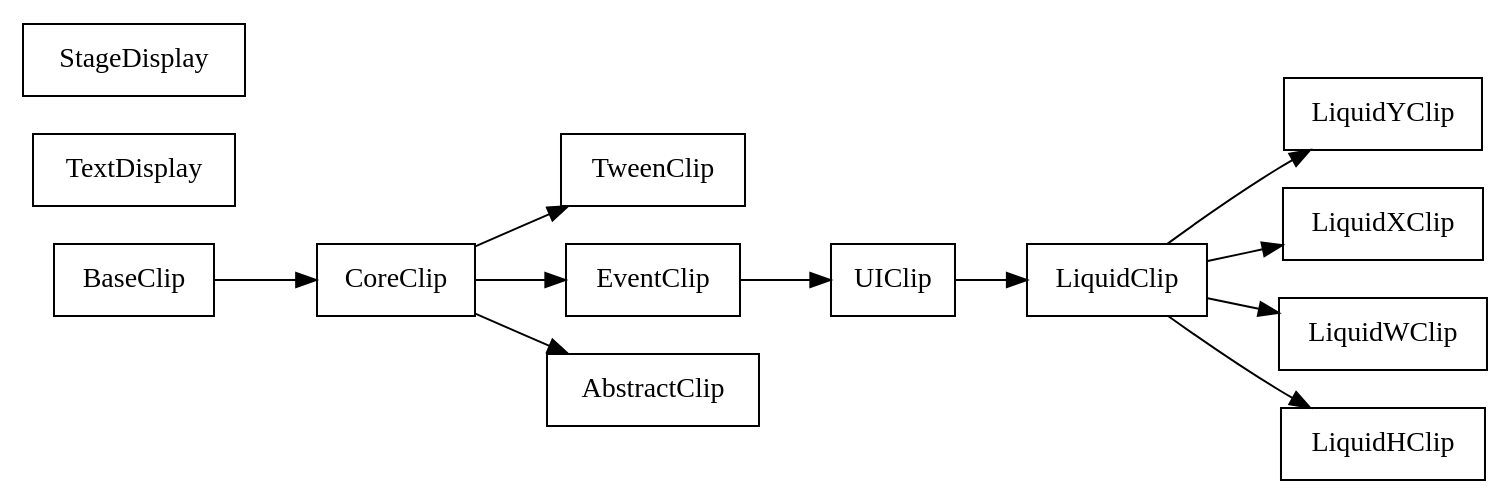
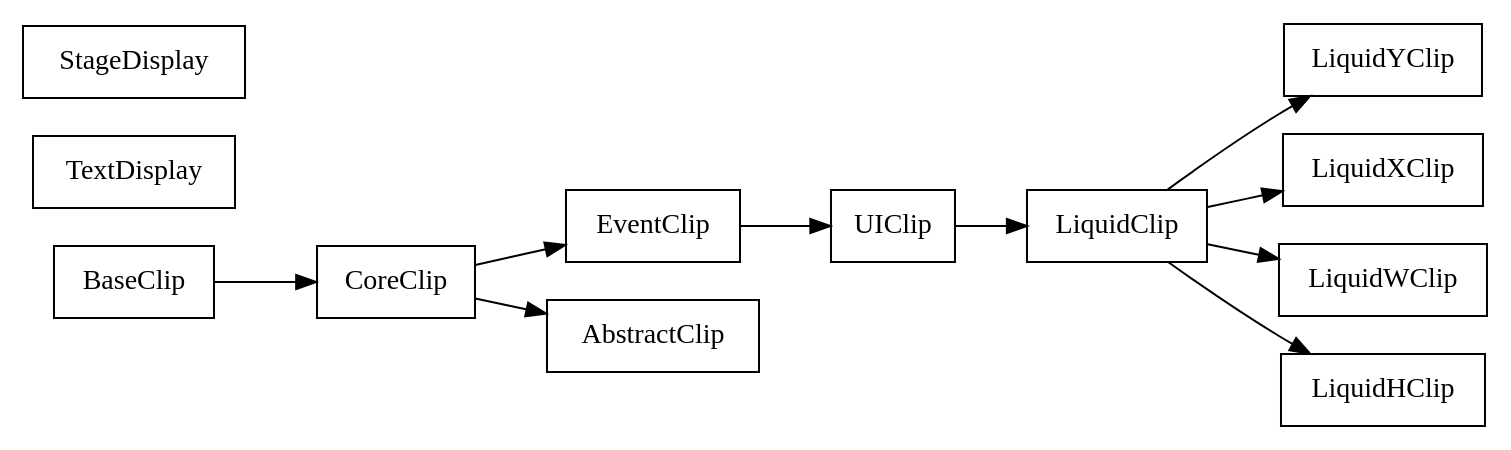
The diagram in docs/com/sekati/display/classes.dot (sekati/sasapi), drawn with Graphviz before and after one commit. The commit also changed 134 other files, not shown here.

```diff
--- a/docs/com/sekati/display/classes.dot
+++ b/docs/com/sekati/display/classes.dot
@@ -1,91 +1,84 @@
 strict digraph class_diagram {
   rankdir=LR;
   TypeUIClip[
     label="UIClip",
     URL="UIClip.html",
     tooltip="com.sekati.display.UIClip",
-    shape="record"
-  ];
-  TypeTweenClip[
-    label="TweenClip",
-    URL="TweenClip.html",
-    tooltip="com.sekati.display.TweenClip",
     shape="record"
   ];
   TypeTextDisplay[
     label="TextDisplay",
     URL="TextDisplay.html",
     tooltip="com.sekati.display.TextDisplay",
     shape="record"
   ];
   TypeStageDisplay[
     label="StageDisplay",
     URL="StageDisplay.html",
     tooltip="com.sekati.display.StageDisplay",
     shape="record"
   ];
   TypeLiquidYClip[
     label="LiquidYClip",
     URL="LiquidYClip.html",
     tooltip="com.sekati.display.LiquidYClip",
     shape="record"
   ];
   TypeLiquidXClip[
     label="LiquidXClip",
     URL="LiquidXClip.html",
     tooltip="com.sekati.display.LiquidXClip",
     shape="record"
   ];
   TypeLiquidWClip[
     label="LiquidWClip",
     URL="LiquidWClip.html",
     tooltip="com.sekati.display.LiquidWClip",
     shape="record"
   ];
   TypeLiquidHClip[
     label="LiquidHClip",
     URL="LiquidHClip.html",
     tooltip="com.sekati.display.LiquidHClip",
     shape="record"
   ];
   TypeLiquidClip[
     label="LiquidClip",
     URL="LiquidClip.html",
     tooltip="com.sekati.display.LiquidClip",
     shape="record"
   ];
   TypeEventClip[
     label="EventClip",
     URL="EventClip.html",
     tooltip="com.sekati.display.EventClip",
     shape="record"
   ];
   TypeCoreClip[
     label="CoreClip",
     URL="CoreClip.html",
     tooltip="com.sekati.display.CoreClip",
     shape="record"
   ];
   TypeBaseClip[
     label="BaseClip",
     URL="BaseClip.html",
     tooltip="com.sekati.display.BaseClip",
     shape="record"
   ];
   TypeAbstractClip[
     label="AbstractClip",
     URL="AbstractClip.html",
     tooltip="com.sekati.display.AbstractClip",
     shape="record"
   ];
   TypeEventClip -> TypeUIClip;
-  TypeCoreClip -> TypeTweenClip;
   TypeLiquidClip -> TypeLiquidYClip;
   TypeLiquidClip -> TypeLiquidXClip;
   TypeLiquidClip -> TypeLiquidWClip;
   TypeLiquidClip -> TypeLiquidHClip;
   TypeUIClip -> TypeLiquidClip;
   TypeCoreClip -> TypeEventClip;
   TypeBaseClip -> TypeCoreClip;
   TypeCoreClip -> TypeAbstractClip;
 }
```
